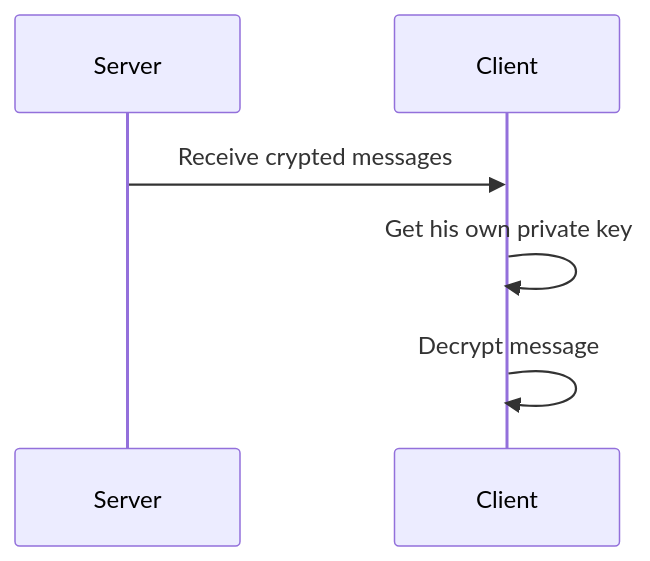
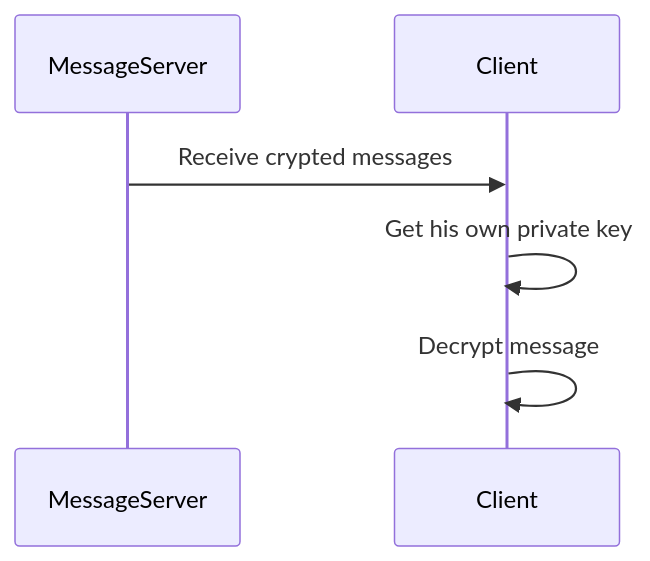
One commit to YR72dpi/SecuredWhisker changed the fifth of 6 diagrams in README.md. Above: the diagram before and after it, drawn with Mermaid. The commit also changed other lines of this file, not shown here.

````diff
--- a/README.md
+++ b/README.md
@@ -198,6 +211,6 @@
 ```mermaid
 sequenceDiagram
-    Server->>Client: Receive crypted messages
+    MessageServer->>Client: Receive crypted messages
     Client->>Client: Get his own private key
     Client->>Client: Decrypt message 
 ```
````
